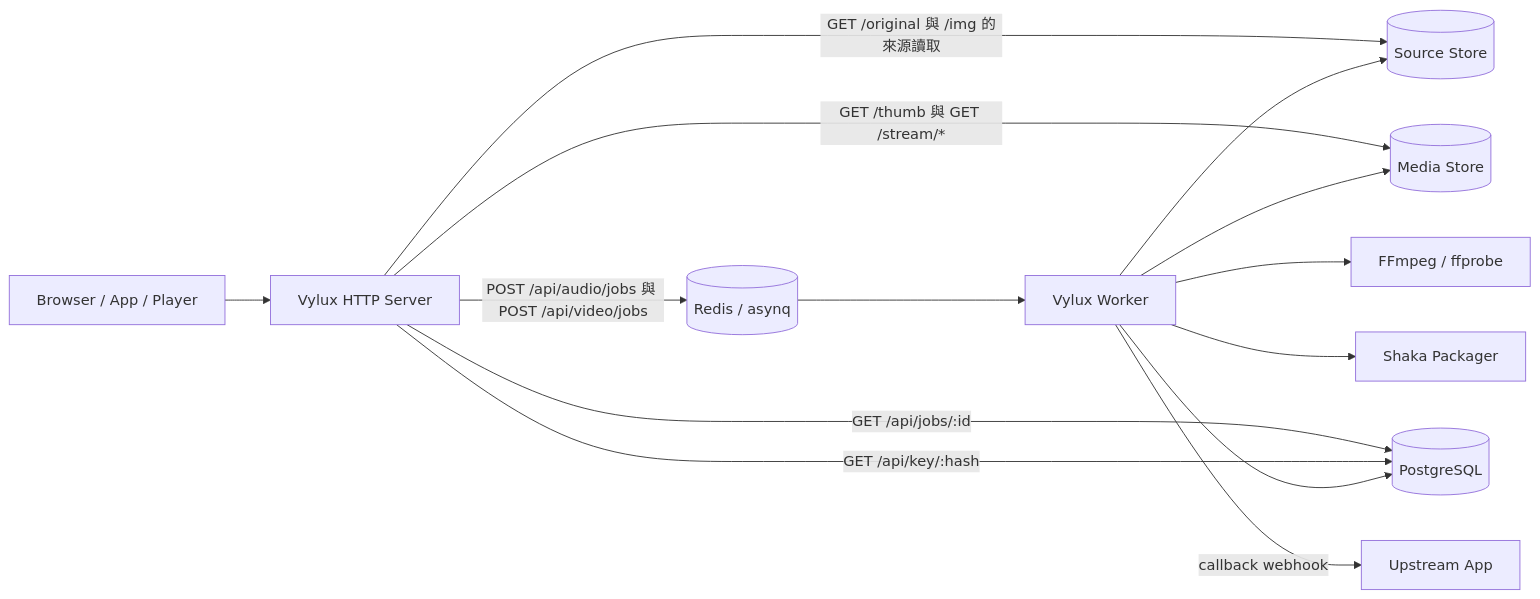
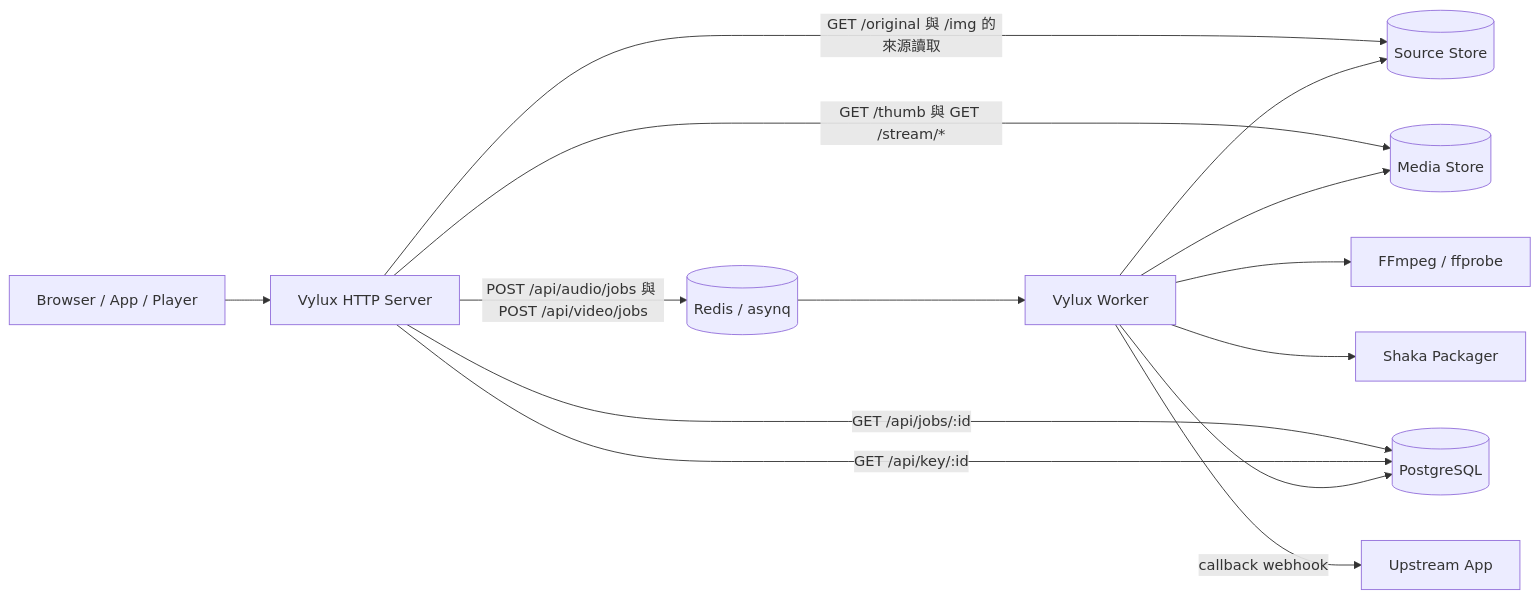
Before and after one commit to carry0987/Vylux: the diagram in i18n/zh-TW/docusaurus-plugin-content-docs/current/architecture/overview.md, drawn with Mermaid. The commit also changed other lines of this file and 26 other files, not shown here.

````diff
--- a/i18n/zh-TW/docusaurus-plugin-content-docs/current/architecture/overview.md
+++ b/i18n/zh-TW/docusaurus-plugin-content-docs/current/architecture/overview.md
@@ -35,16 +35,16 @@
 ```mermaid
 flowchart LR
     Client[Browser / App / Player] --> HTTP[Vylux HTTP Server]
     HTTP -->|GET /original 與 /img 的來源讀取| Source[(Source Store)]
     HTTP -->|GET /thumb 與 GET /stream/*| Media[(Media Store)]
     HTTP -->|POST /api/audio/jobs 與 POST /api/video/jobs| Redis[(Redis / asynq)]
     HTTP -->|GET /api/jobs/:id| PG[(PostgreSQL)]
-    HTTP -->|GET /api/key/:hash| PG
+    HTTP -->|GET /api/key/:id| PG
     Redis --> Worker[Vylux Worker]
     Worker --> FFmpeg[FFmpeg / ffprobe]
     Worker --> Packager[Shaka Packager]
     Worker --> PG
     Worker --> Source
     Worker --> Media
     Worker -->|callback webhook| Upstream[Upstream App]
 ```
````
